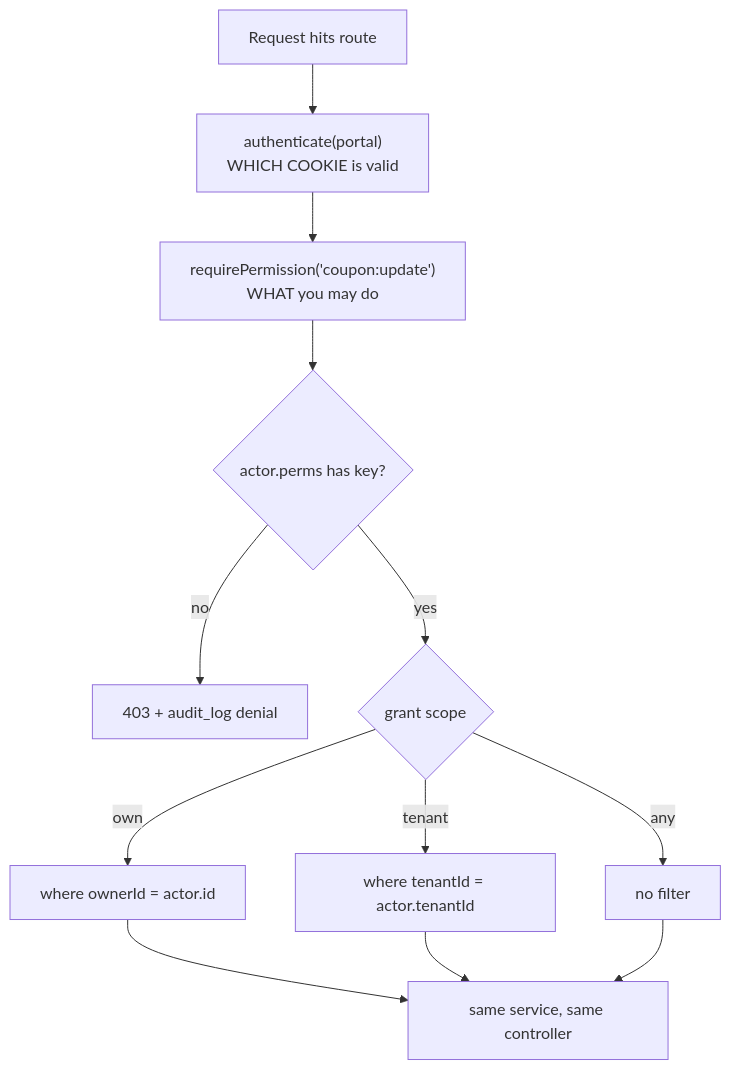
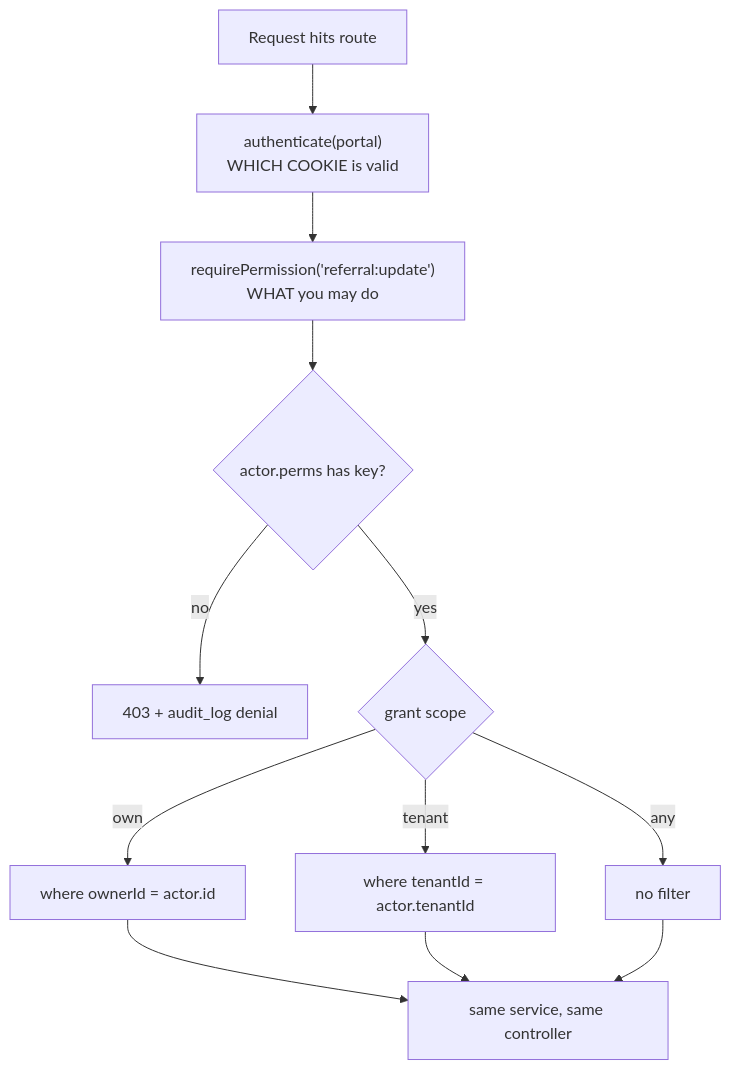
The diagram in docs/modules/auth/authorization.md (sufyan-devs/init-server-nodejs), drawn with Mermaid before and after one commit. The commit also changed other lines of this file and 53 other files, not shown here.

````diff
--- a/docs/modules/auth/authorization.md
+++ b/docs/modules/auth/authorization.md
@@ -16,14 +16,14 @@
 ```mermaid
 flowchart TD
   REQ["Request hits route"] --> AN["authenticate(portal)<br/>WHICH COOKIE is valid"]
-  AN --> AZ["requirePermission('coupon:update')<br/>WHAT you may do"]
+  AN --> AZ["requirePermission('referral:update')<br/>WHAT you may do"]
   AZ --> HAS{"actor.perms has key?"}
   HAS -- no --> DENY["403 + audit_log denial"]
   HAS -- yes --> SCOPE{"grant scope"}
   SCOPE -- own --> W1["where ownerId = actor.id"]
   SCOPE -- tenant --> W2["where tenantId = actor.tenantId"]
   SCOPE -- any --> W3["no filter"]
   W1 --> SVC["same service, same controller"]
   W2 --> SVC
   W3 --> SVC
 ```
````
